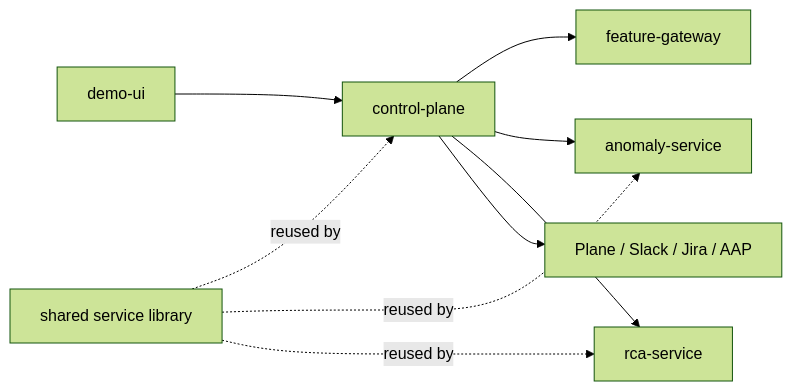
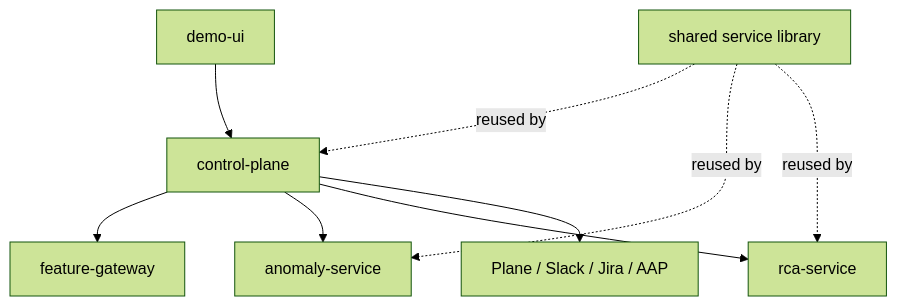
Before and after one commit to rh-telco-tigers/Autonomous-Network-Intelligence-Anomaly-Detection-with-Red-Hat-OpenShift-AI: the diagram in docs/architecture/phase-06-overview-custom-services.md, drawn with Mermaid (forest theme). The commit also changed 12 other files, not shown here.

````diff
--- a/docs/architecture/phase-06-overview-custom-services.md
+++ b/docs/architecture/phase-06-overview-custom-services.md
@@ -21,11 +21,11 @@
 ```mermaid
-flowchart LR
+flowchart TD
   UI["demo-ui"] --> CP["control-plane"]
   CP --> FG["feature-gateway"]
   CP --> AN["anomaly-service"]
   CP --> RCA["rca-service"]
   CP --> Integrations["Plane / Slack / Jira / AAP"]
   Shared["shared service library"] -. reused by .-> CP
   Shared -. reused by .-> AN
   Shared -. reused by .-> RCA
 ```
````
